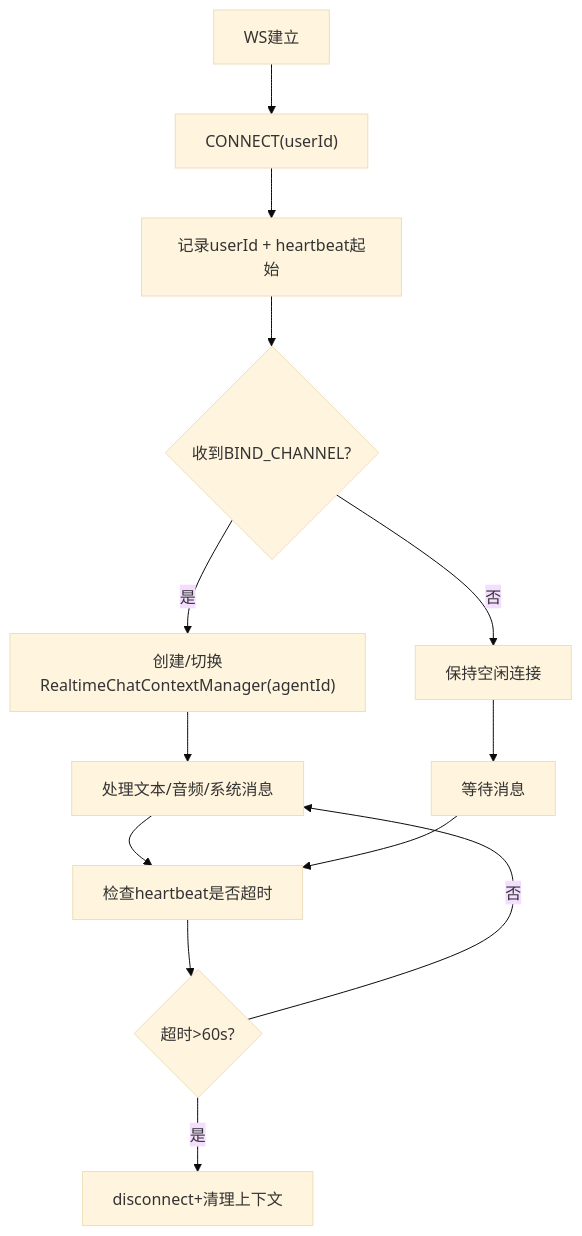
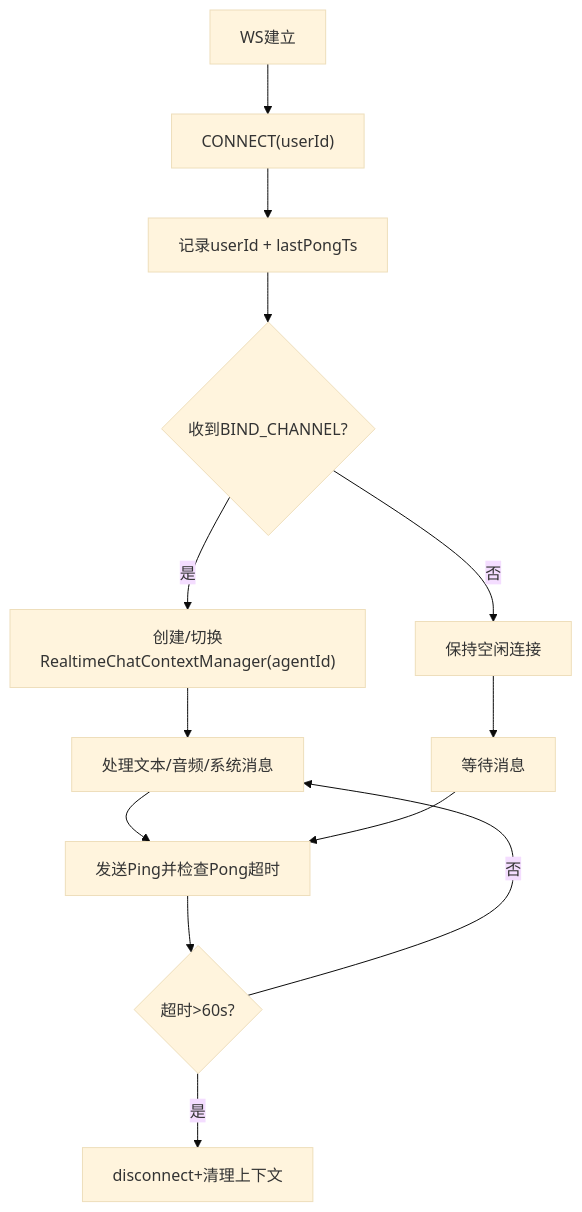
One commit to nangong918/magic-vector changed diagram 16 of 21 in springboot/docs/SpringBootDesignDocument.md. Above: the diagram before and after it, drawn with Mermaid (base theme). The commit also changed other lines of this file and 13 other files, not shown here.

Commit message:
cursor: 实现RealTimeChatController设计图绘制

````diff
--- a/springboot/docs/SpringBootDesignDocument.md
+++ b/springboot/docs/SpringBootDesignDocument.md
@@ -358,15 +358,15 @@
 ```mermaid
 flowchart TD
     A[WS建立] --> B["CONNECT(userId)"]
-    B --> C[记录userId + heartbeat起始]
+    B --> C[记录userId + lastPongTs]
     C --> D{收到BIND_CHANNEL?}
     D -- 是 --> E["创建/切换RealtimeChatContextManager(agentId)"]
     D -- 否 --> F[保持空闲连接]
     E --> G[处理文本/音频/系统消息]
     F --> H[等待消息]
-    G --> I[检查heartbeat是否超时]
+    G --> I[发送Ping并检查Pong超时]
     H --> I
     I --> J{超时>60s?}
     J -- 是 --> K[disconnect+清理上下文]
     J -- 否 --> G
 ```
````
